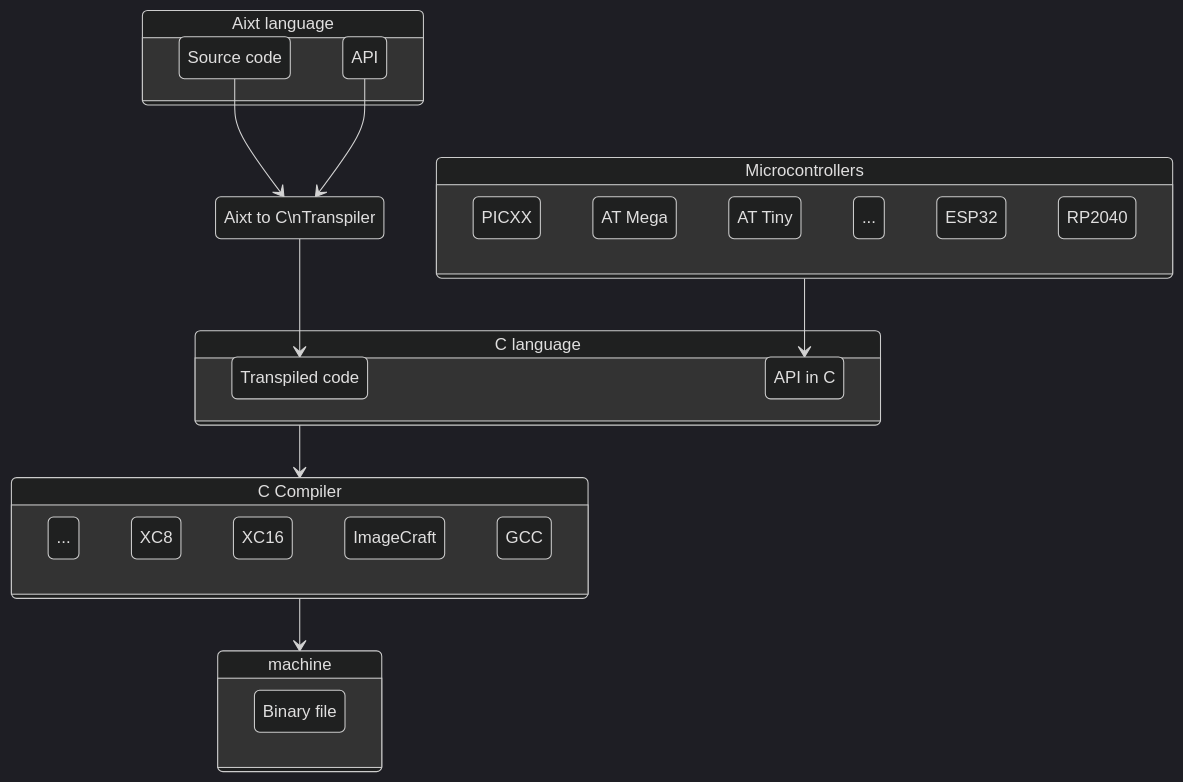
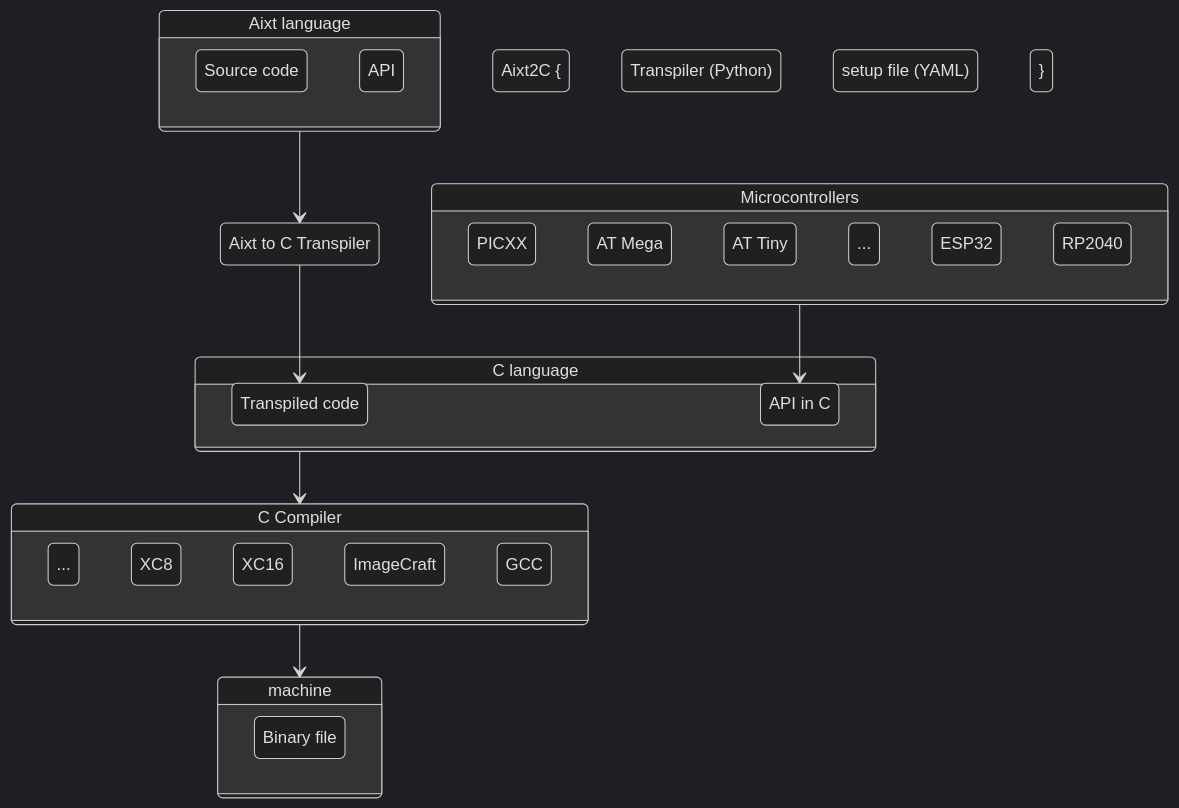
One commit to fermarsan/aixt changed the diagram in README.md. Above: the diagram before and after it, drawn with Mermaid (dark theme).

Commit message:
README.md new diagram

````diff
--- a/README.md
+++ b/README.md
@@ -9,51 +9,54 @@
 ```mermaid
 stateDiagram-v2
 
     Aixt: Aixt language
     state Aixt {
         source: Source code
         API
     }
 
-    Aixt2C: Aixt to C\nTranspiler
+    Aixt2C: Aixt to C Transpiler
+    state: Aixt2C {
+        Transpiler: Transpiler (Python)
+        setup: setup file (YAML)
+    }
 
     C: C language
     state C {
         Tr_Code: Transpiled code
         API_C: API in C
     }
 
     state Microcontrollers {
         PICs: PICXX
         ATM: AT Mega
         ATT: AT Tiny
         others2: ...
         ESP32
         RP2040
     }
 
     C_Compiler: C Compiler
     state C_Compiler {
         others: ...
         XC8  
         XC16 
         ImageCraft  
         others 
         GCC 
     }
     
     machine
     state machine {
         BF: Binary file
     }
     
-    source  --> Aixt2C
-    API     --> Aixt2C 
+    Aixt     --> Aixt2C 
     Aixt2C  --> Tr_Code
 
     C     --> C_Compiler
 
     C_Compiler  --> machine
 
     Microcontrollers --> API_C
 ```
````
